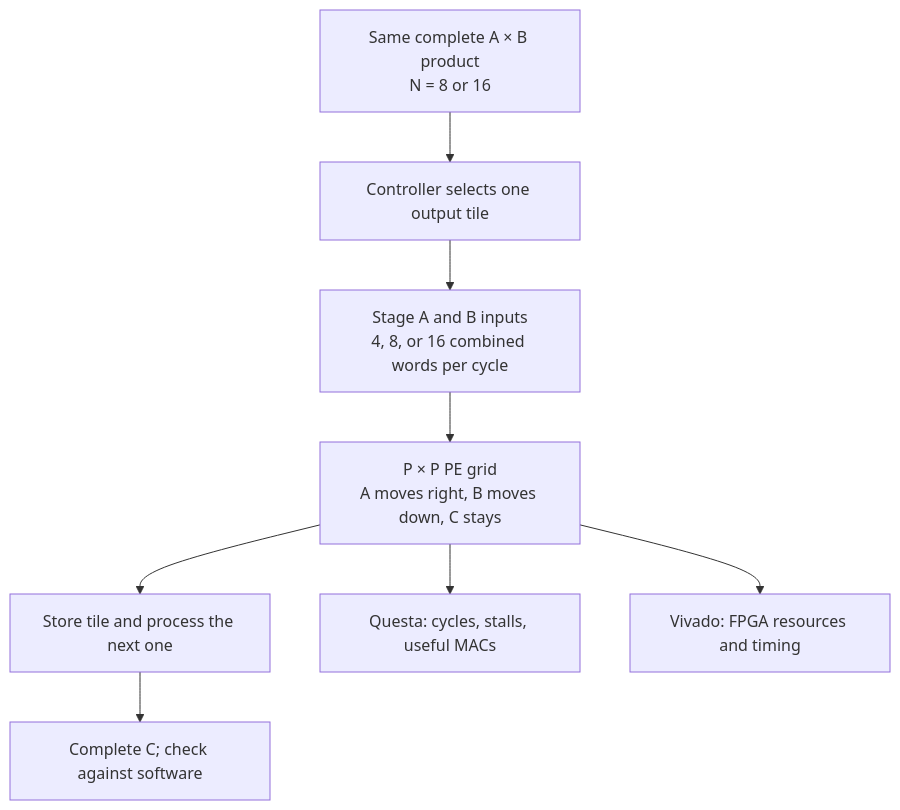
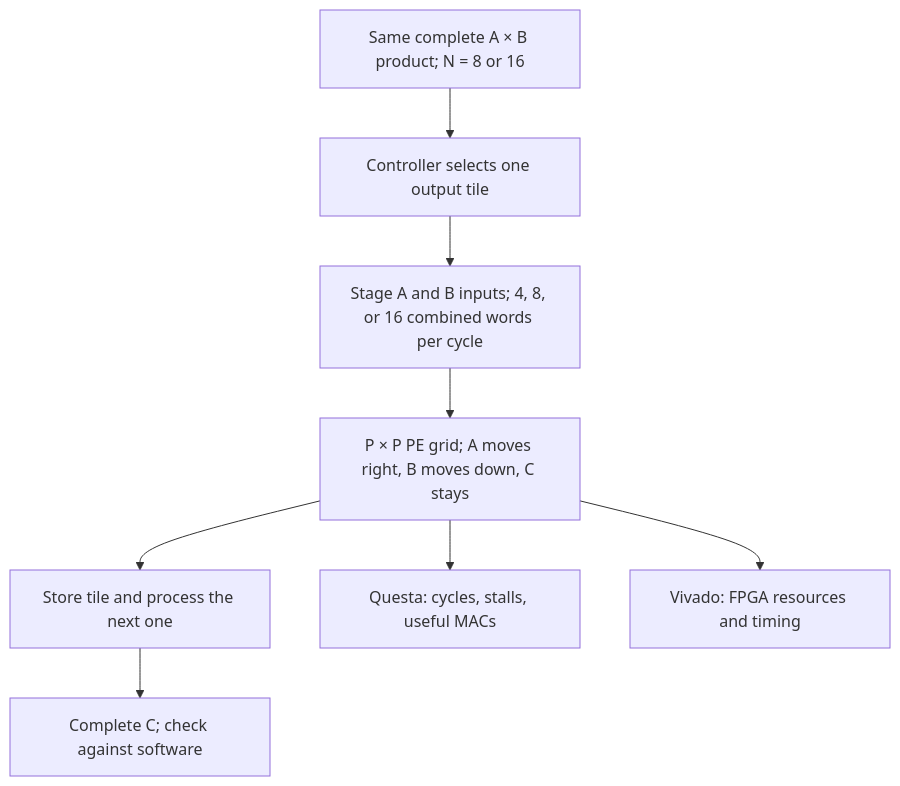
One commit to OzPol/systolic-array-scaling changed the diagram in docs/documentation.md. Above: the diagram before and after it, drawn with Mermaid. The commit also changed other lines of this file and 5 other files, not shown here.

````diff
--- a/docs/documentation.md
+++ b/docs/documentation.md
@@ -32,10 +32,10 @@
 ```mermaid
 flowchart TB
-    W["Same complete A × B product<br/>N = 8 or 16"] --> T["Controller selects one output tile"]
-    T --> S["Stage A and B inputs<br/>4, 8, or 16 combined words per cycle"]
-    S --> G["P × P PE grid<br/>A moves right, B moves down, C stays"]
+    W["Same complete A × B product; N = 8 or 16"] --> T["Controller selects one output tile"]
+    T --> S["Stage A and B inputs; 4, 8, or 16 combined words per cycle"]
+    S --> G["P × P PE grid; A moves right, B moves down, C stays"]
     G --> O["Store tile and process the next one"]
     O --> C["Complete C; check against software"]
     G --> Q["Questa: cycles, stalls, useful MACs"]
     G --> V["Vivado: FPGA resources and timing"]
 ```
````
